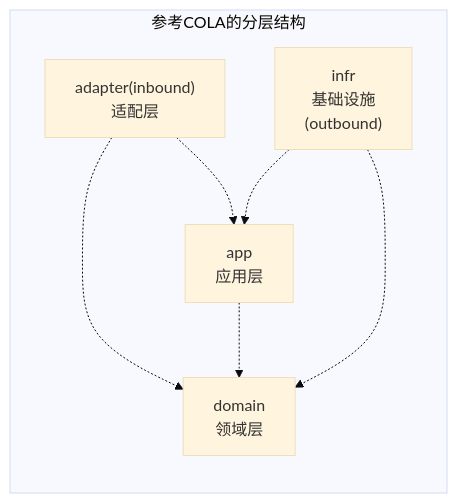
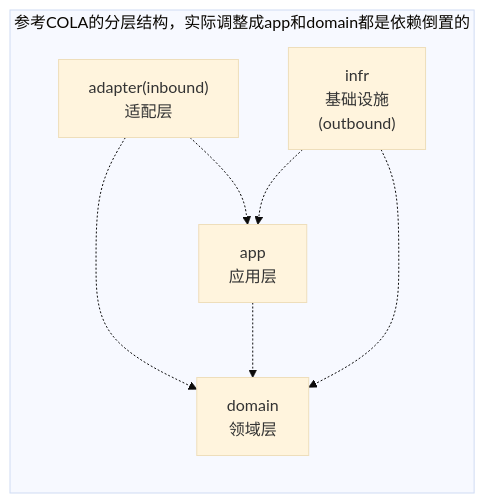
One commit to xianyu-dama/demo changed the diagram in readme.md. Above: the diagram before and after it, drawn with Mermaid (base theme).

````diff
--- a/readme.md
+++ b/readme.md
@@ -51,23 +51,23 @@
 ```mermaid
 flowchart TB
 
     %% 图例
-    subgraph Legend [参考COLA的分层结构]
+    subgraph Legend [参考COLA的分层结构，实际调整成app和domain都是依赖倒置的]
         direction TB
 
     %% 节点定义
     InboundAdapter["adapter(inbound)<br/>适配层"]
     APP_LAYER["app<br/>应用层"]
     DOMAIN_LAYER["domain<br/>领域层"]
     INFRA_LAYER["infr<br/>基础设施<br/>(outbound)"]
 
 
     %% 依赖倒置（虚线）
     InboundAdapter -.-> APP_LAYER
     InboundAdapter -.-> DOMAIN_LAYER
     APP_LAYER -.-> DOMAIN_LAYER
     INFRA_LAYER -.-> APP_LAYER
     INFRA_LAYER -.-> DOMAIN_LAYER
 
     end
 ```
````
